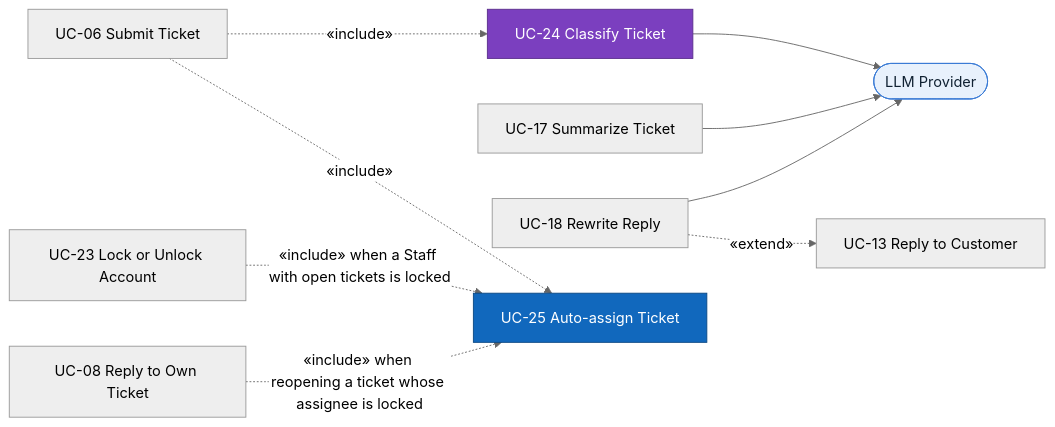
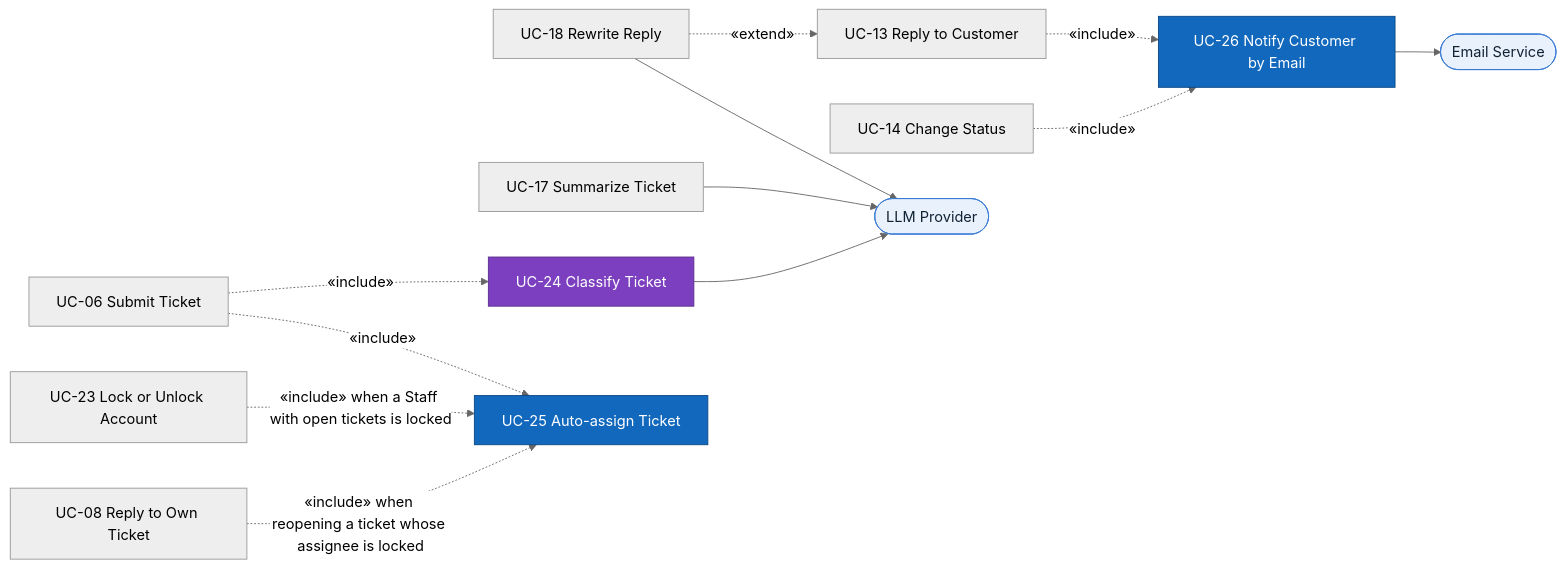
The second of 2 diagrams in docs/02-usecases-userstories/01-use-cases.md (minhtuann1102/HelpdeskAI), drawn with Mermaid (neutral theme) before and after one commit. The commit also changed other lines of this file and 17 other files, not shown here.

First line of the commit message:
docs: add customer email notifications for ticket updates (D-19, US-35)

````diff
--- a/docs/02-usecases-userstories/01-use-cases.md
+++ b/docs/02-usecases-userstories/01-use-cases.md
@@ -126,26 +129,32 @@
 ```mermaid
 flowchart LR
     submit["UC-06 Submit Ticket"]
     reply["UC-08 Reply to Own Ticket"]
     lock["UC-23 Lock or Unlock Account"]
     rewrite["UC-18 Rewrite Reply"]
     staffReply["UC-13 Reply to Customer"]
+    changeStatus["UC-14 Change Status"]
     summarize["UC-17 Summarize Ticket"]
     classify["UC-24 Classify Ticket"]:::ai
     assign["UC-25 Auto-assign Ticket"]:::shared
+    notify["UC-26 Notify Customer by Email"]:::shared
     llm(["LLM Provider"]):::external
+    email(["Email Service"]):::external
 
     submit -.->|"«include»"| classify
     submit -.->|"«include»"| assign
     lock -.->|"«include» when a Staff with open tickets is locked"| assign
     reply -.->|"«include» when reopening a ticket whose assignee is locked"| assign
     rewrite -.->|"«extend»"| staffReply
+    staffReply -.->|"«include»"| notify
+    changeStatus -.->|"«include»"| notify
 
     classify --> llm
     summarize --> llm
     rewrite --> llm
+    notify --> email
 
     classDef shared fill:#1168bd,color:#fff,stroke:#0b4884
     classDef ai fill:#7b3fbf,color:#fff,stroke:#5a2d8c
     classDef external fill:#e8f1fc,color:#123,stroke:#3a7bd5
 ```
````
